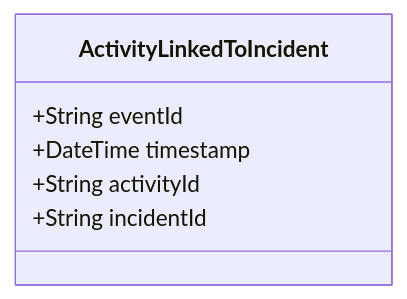
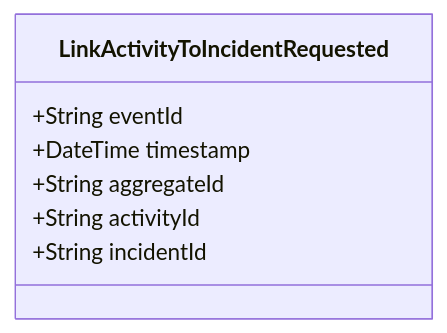
One commit to pgraff/police-system changed the diagram in doc/events/ActivityLinkedToIncident.md. Above: the diagram before and after it, drawn with Mermaid. The commit also changed other lines of this file and 58 other files, not shown here.

````diff
--- a/doc/events/ActivityLinkedToIncident.md
+++ b/doc/events/ActivityLinkedToIncident.md
@@ -9,9 +9,10 @@
 ```mermaid
 classDiagram
-    class ActivityLinkedToIncident {
+    class LinkActivityToIncidentRequested {
         +String eventId
         +DateTime timestamp
+        +String aggregateId
         +String activityId
         +String incidentId
     }
 ```
````
